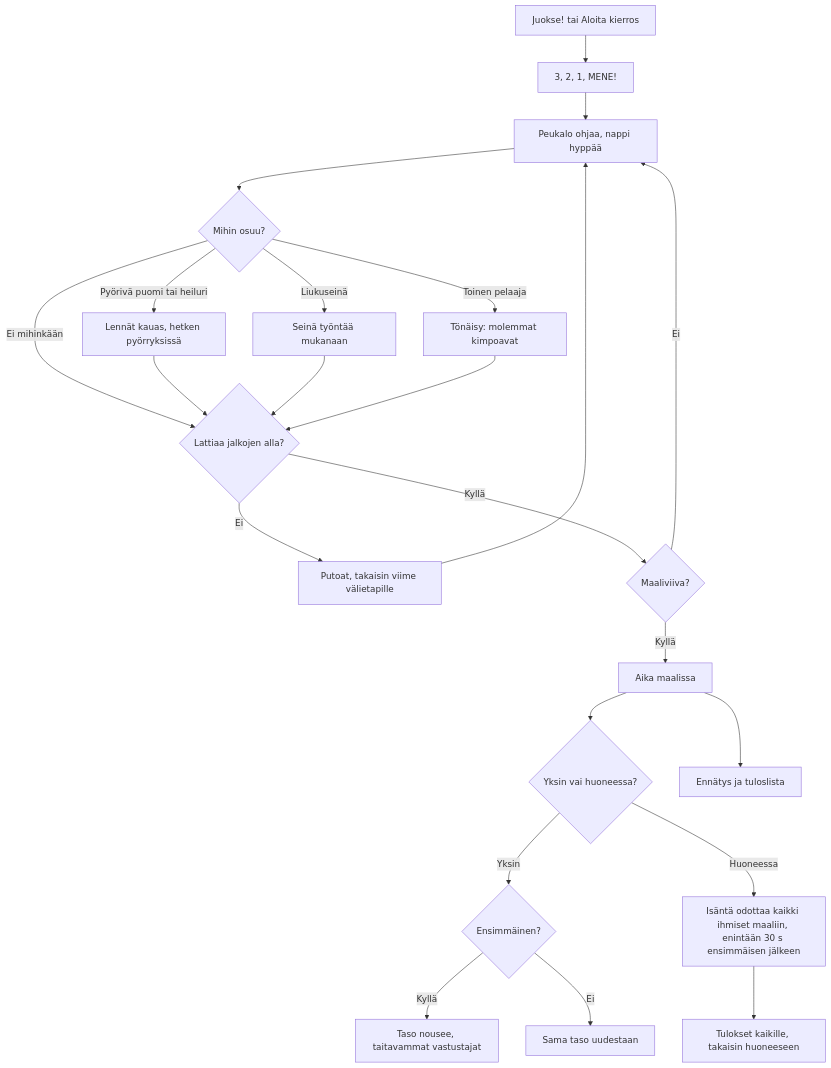
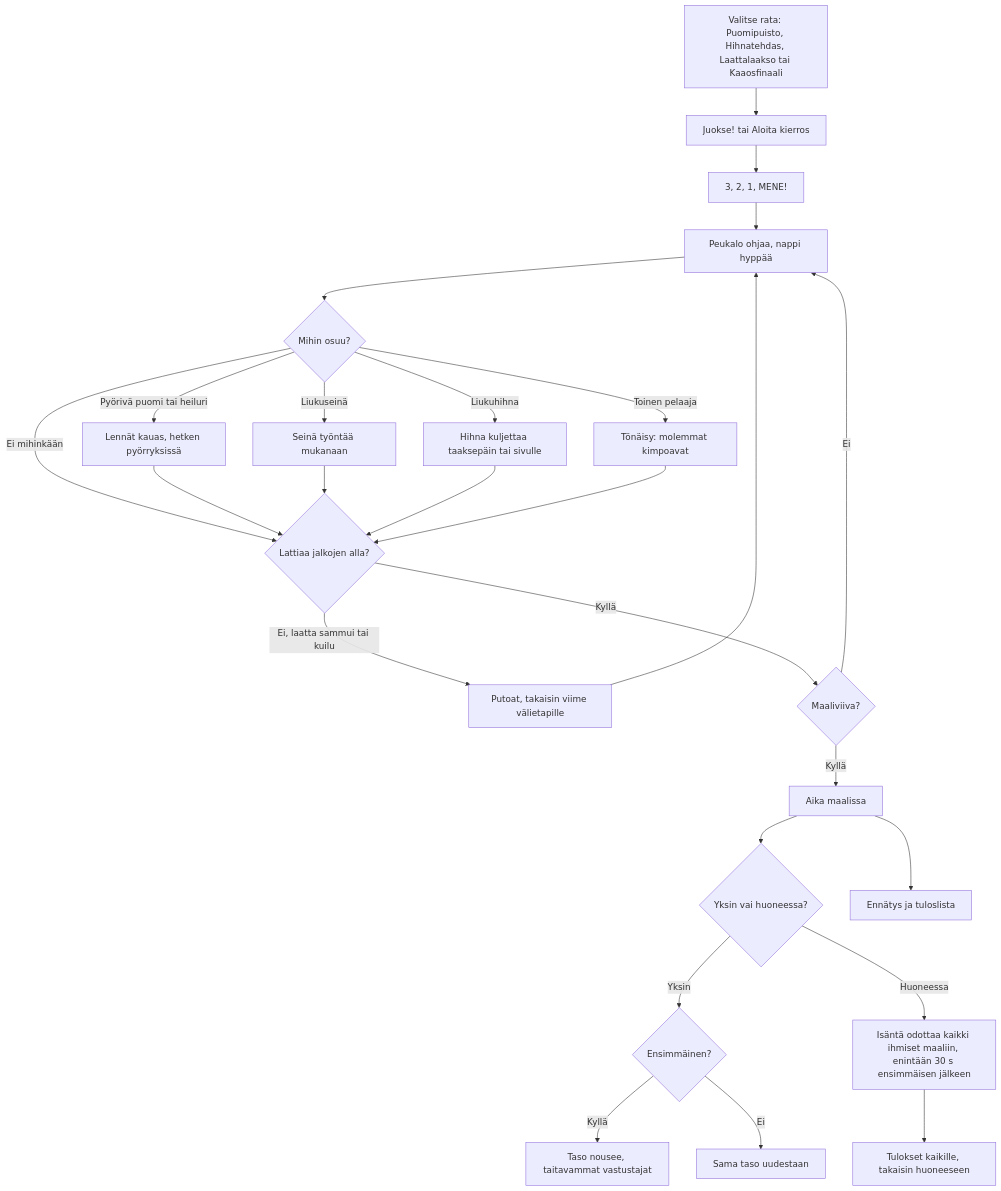
One commit to eerovil/ai-pelit changed the diagram in docs/diagrams/kaaosrata.md. Above: the diagram before and after it, drawn with Mermaid. The commit also changed other lines of this file and 40 other files, not shown here.

````diff
--- a/docs/diagrams/kaaosrata.md
+++ b/docs/diagrams/kaaosrata.md
@@ -16,31 +18,34 @@
 ```mermaid
 flowchart TD
-  A[Juokse! tai Aloita kierros] --> B[3, 2, 1, MENE!]
+  V[Valitse rata: Puomipuisto, Hihnatehdas, Laattalaakso tai Kaaosfinaali] --> A[Juokse! tai Aloita kierros]
+  A --> B[3, 2, 1, MENE!]
   B --> C[Peukalo ohjaa, nappi hyppää]
   C --> D{Mihin osuu?}
   D -- Pyörivä puomi tai heiluri --> E[Lennät kauas, hetken pyörryksissä]
   D -- Liukuseinä --> F[Seinä työntää mukanaan]
+  D -- Liukuhihna --> T[Hihna kuljettaa taaksepäin tai sivulle]
   D -- Toinen pelaaja --> G[Tönäisy: molemmat kimpoavat]
   D -- Ei mihinkään --> H{Lattiaa jalkojen alla?}
   E --> H
   F --> H
+  T --> H
   G --> H
-  H -- Ei --> I[Putoat, takaisin viime välietapille]
+  H -- Ei, laatta sammui tai kuilu --> I[Putoat, takaisin viime välietapille]
   I --> C
   H -- Kyllä --> J{Maaliviiva?}
   J -- Ei --> C
   J -- Kyllä --> K[Aika maalissa]
   K --> L{Yksin vai huoneessa?}
   L -- Yksin --> M{Ensimmäinen?}
   M -- Kyllä --> N[Taso nousee, taitavammat vastustajat]
   M -- Ei --> O[Sama taso uudestaan]
   L -- Huoneessa --> P[Isäntä odottaa kaikki ihmiset maaliin, enintään 30 s ensimmäisen jälkeen]
   P --> Q[Tulokset kaikille, takaisin huoneeseen]
   K --> R[Ennätys ja tuloslista]
-  class A,B,C blue
+  class V,A,B,C blue
   class D,H,J,L,M amber
-  class F,G teal
+  class F,G,T teal
   class P,Q violet
   class K,N,R green
   class E,I,O rose
 ```
````
